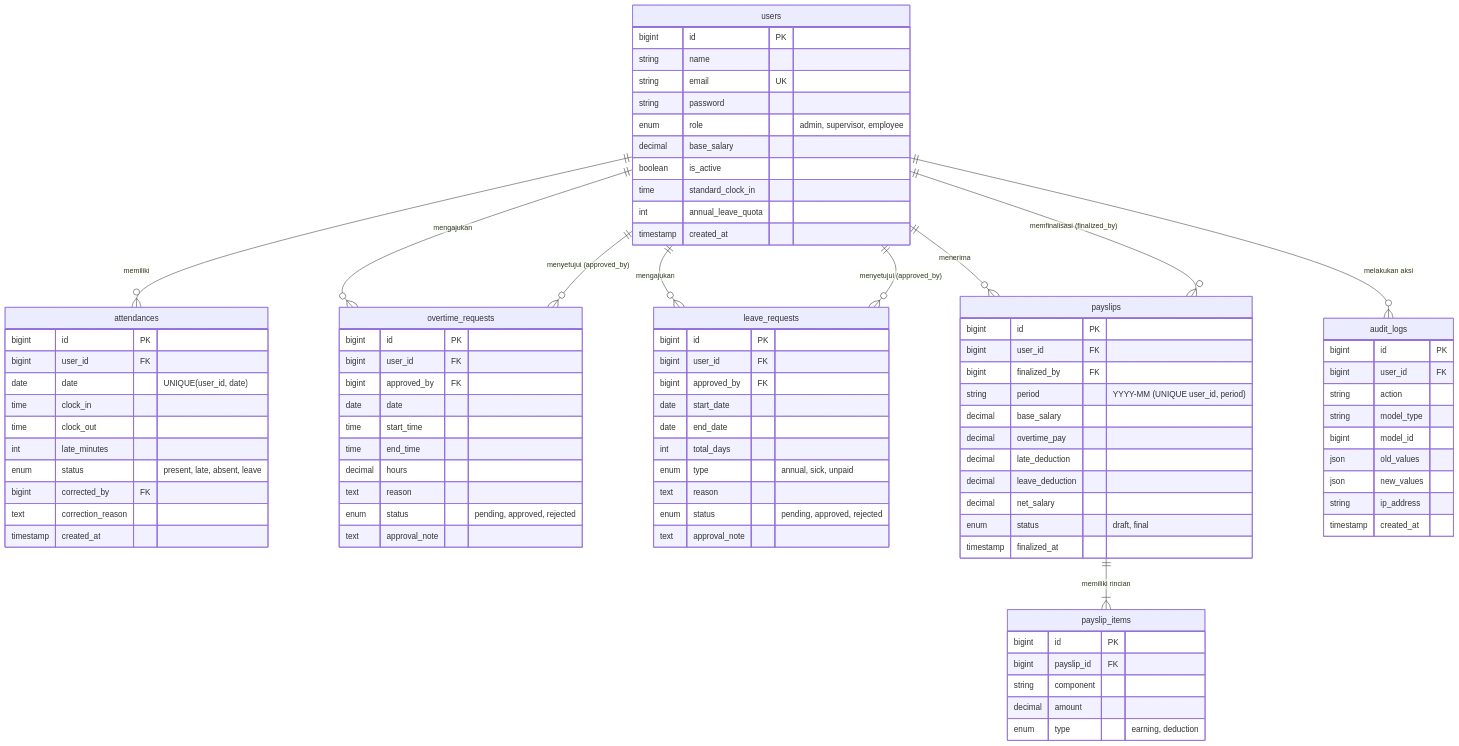
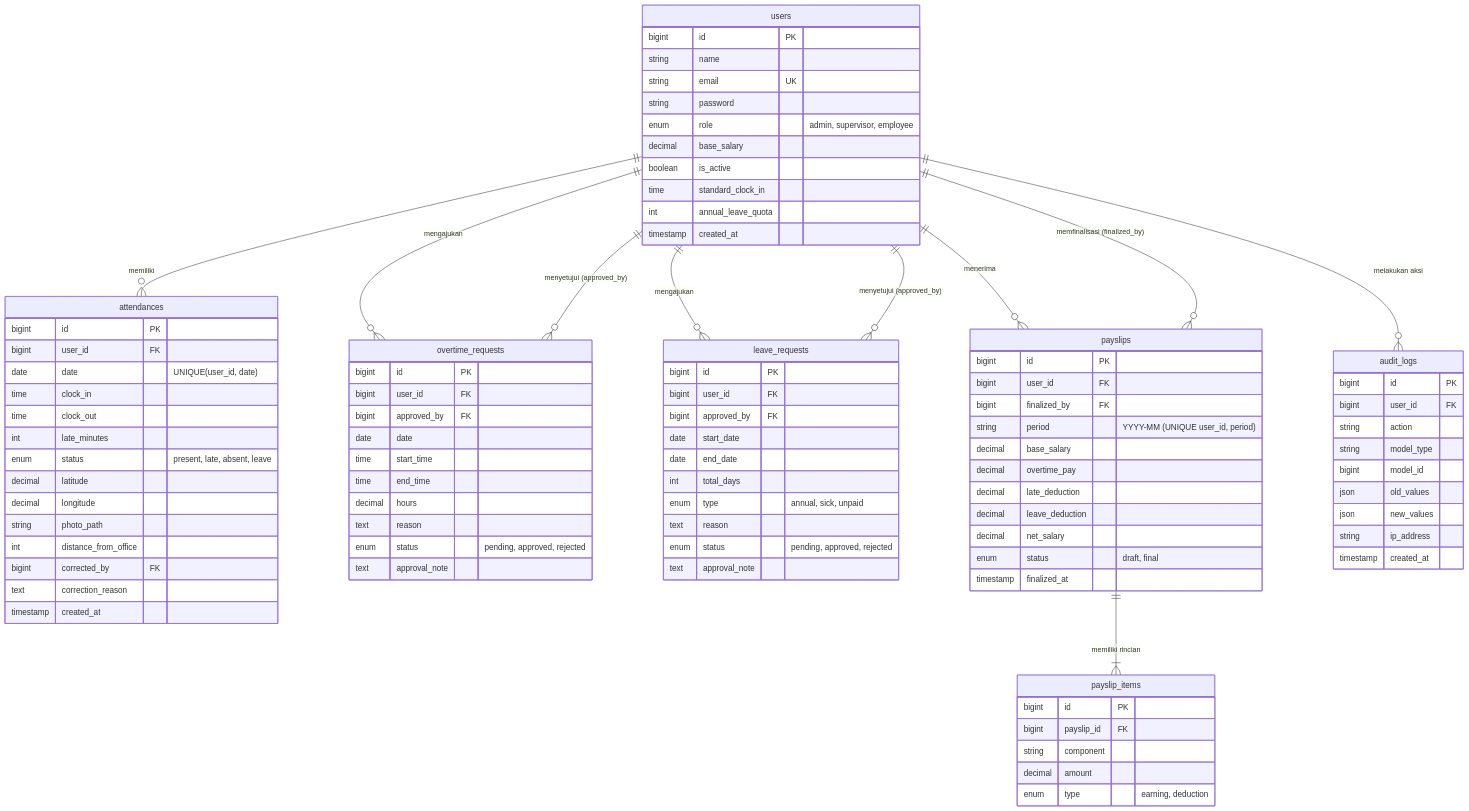
One commit to uroo-dev/SiGaji changed the second of 2 diagrams in README.md. Above: the diagram before and after it, drawn with Mermaid. The commit also changed 2 other files, not shown here.

Commit message:
feat: add geolocation and photo fields to attendances migration and model

```diff
--- a/README.md
+++ b/README.md
@@ -170,6 +170,10 @@
         time clock_out
         int late_minutes
         enum status "present, late, absent, leave"
+        decimal latitude
+        decimal longitude
+        string photo_path
+        int distance_from_office
         bigint corrected_by FK
         text correction_reason
         timestamp created_at
```
